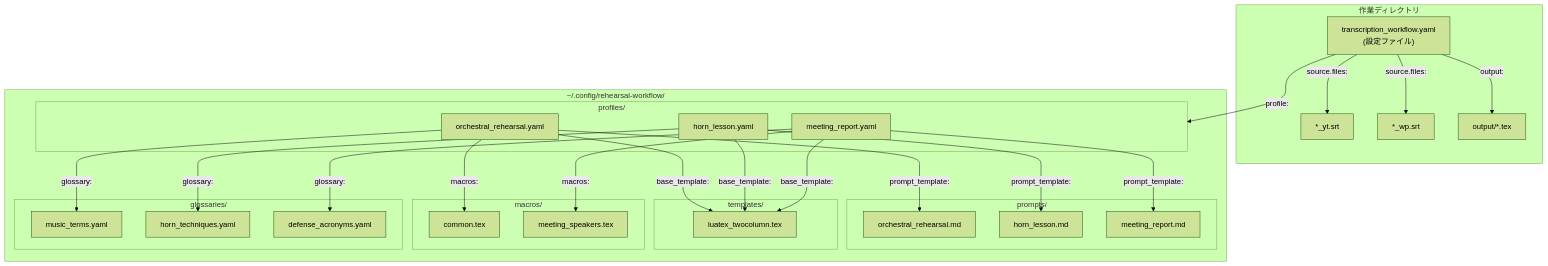
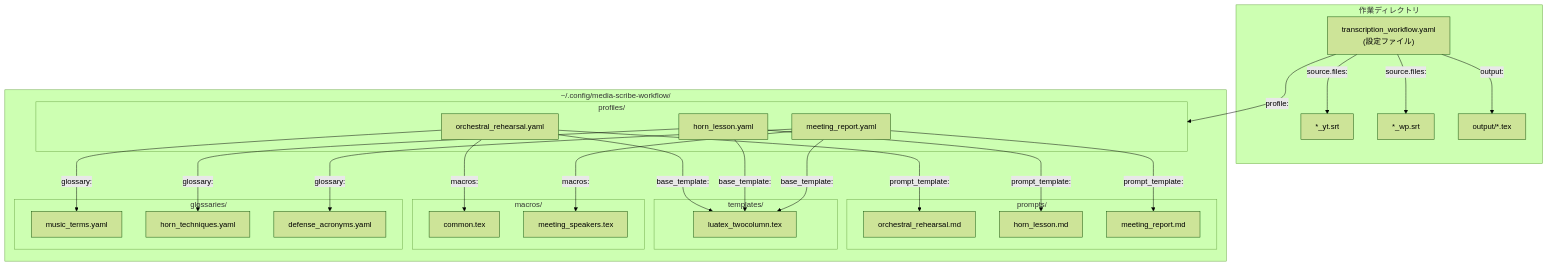
One commit to mashi727/media-scribe-workflow changed diagram 14 of 21 in docs/workflow-diagrams.md. Above: the diagram before and after it, drawn with Mermaid (forest theme). The commit also changed 106 other files, not shown here.

First line of the commit message:
Rename repository and package to media-scribe-workflow

````diff
--- a/docs/workflow-diagrams.md
+++ b/docs/workflow-diagrams.md
@@ -708,55 +708,55 @@
 ```mermaid
 graph TD
     subgraph WD["作業ディレクトリ"]
         YAML["transcription_workflow.yaml<br>(設定ファイル)"]
         SRT1["*_yt.srt"]
         SRT2["*_wp.srt"]
         OUTPUT["output/*.tex"]
     end
 
-    subgraph CONFIG["~/.config/rehearsal-workflow/"]
+    subgraph CONFIG["~/.config/media-scribe-workflow/"]
         subgraph PROFILES["profiles/"]
             P1["orchestral_rehearsal.yaml"]
             P2["horn_lesson.yaml"]
             P3["meeting_report.yaml"]
         end
 
         subgraph PROMPTS["prompts/"]
             PR1["orchestral_rehearsal.md"]
             PR2["horn_lesson.md"]
             PR3["meeting_report.md"]
         end
 
         subgraph TEMPLATES["templates/"]
             T1["luatex_twocolumn.tex"]
         end
 
         subgraph MACROS["macros/"]
             M1["common.tex"]
             M2["meeting_speakers.tex"]
         end
 
         subgraph GLOSSARIES["glossaries/"]
             G1["music_terms.yaml"]
             G2["horn_techniques.yaml"]
             G3["defense_acronyms.yaml"]
         end
     end
 
     YAML -->|"profile:"| PROFILES
     P1 -->|"prompt_template:"| PR1
     P2 -->|"prompt_template:"| PR2
     P3 -->|"prompt_template:"| PR3
     P1 -->|"base_template:"| T1
     P2 -->|"base_template:"| T1
     P3 -->|"base_template:"| T1
     P1 -->|"macros:"| M1
     P3 -->|"macros:"| M2
     P1 -->|"glossary:"| G1
     P2 -->|"glossary:"| G2
     P3 -->|"glossary:"| G3
 
     YAML -->|"source.files:"| SRT1
     YAML -->|"source.files:"| SRT2
     YAML -->|"output:"| OUTPUT
 ```
````
